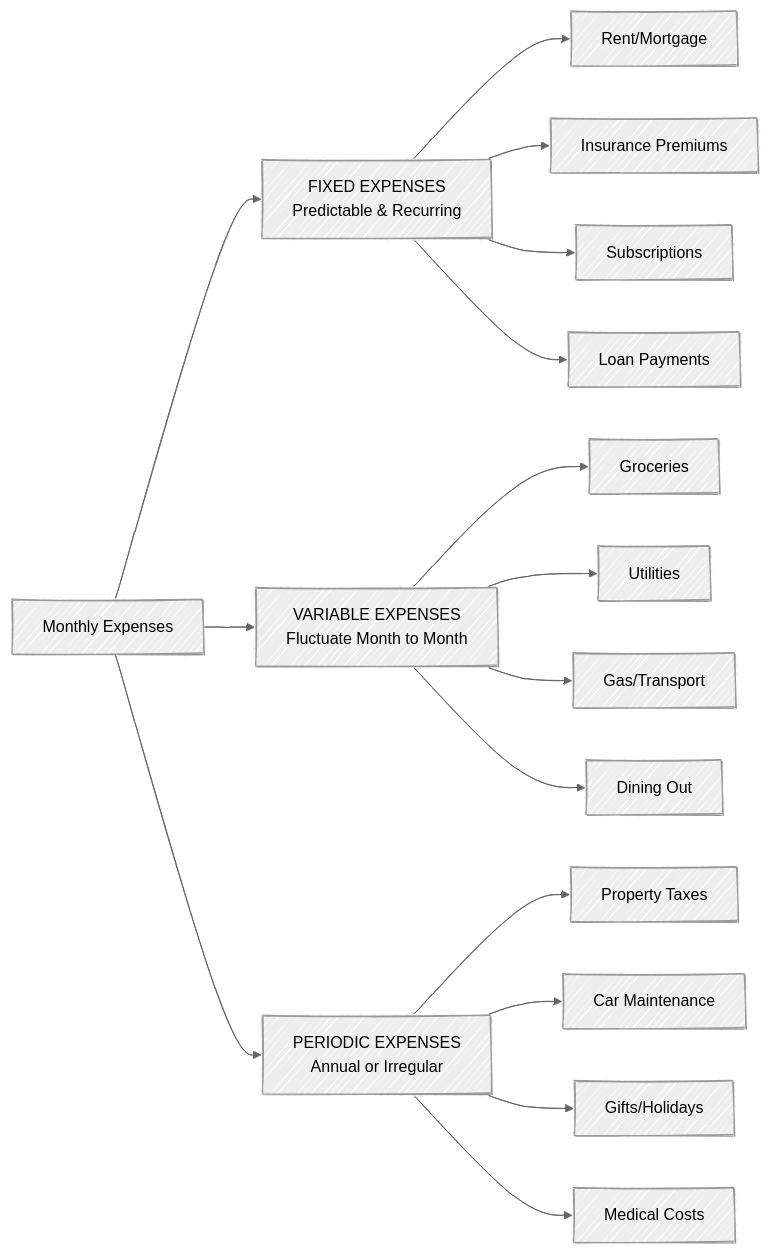
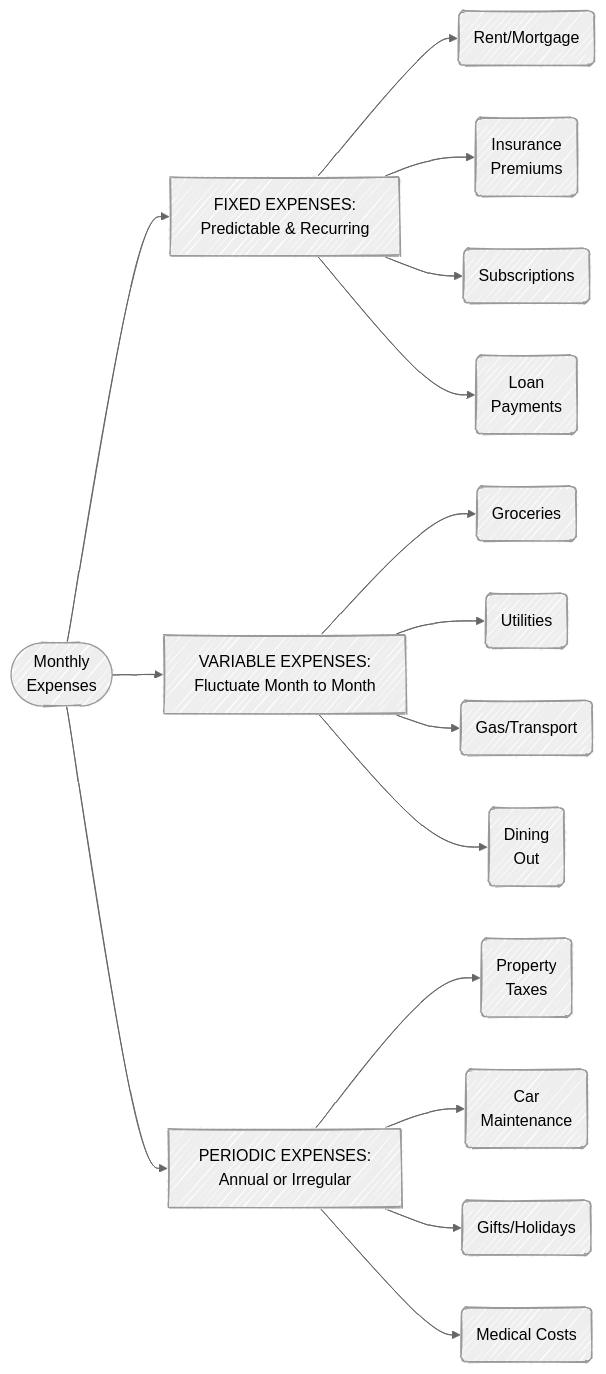
The second of 6 diagrams in budgeting.qmd (mjfrigaard/fm-finance), drawn with Mermaid before and after one commit. The commit also changed other lines of this file and 1 other file, not shown here.

````diff
--- a/budgeting.qmd
+++ b/budgeting.qmd
@@ -57,25 +57,25 @@
 ```{mermaid}
 %%| fig-cap: 'Fixed vs. Variable Expenses'
 %%| fig-align: center
 %%{init: {'theme': 'neutral', 'look': 'handDrawn', 'themeVariables': { 'fontFamily': 'monospace', "fontSize":"16px"}}}%%
 
 flowchart LR
-    Expenses[Monthly Expenses] --> Fixed[FIXED EXPENSES<br/>Predictable & Recurring]
-    Expenses --> Variable[VARIABLE EXPENSES<br/>Fluctuate Month to Month]
-    Expenses --> Periodic[PERIODIC EXPENSES<br/>Annual or Irregular]
+    Expenses(["Monthly<br>Expenses"]) --> Fixed["FIXED EXPENSES:<br/>Predictable & Recurring"]
+    Expenses --> Variable["VARIABLE EXPENSES:<br/>Fluctuate Month to Month"]
+    Expenses --> Periodic["PERIODIC EXPENSES:<br/>Annual or Irregular"]
     
-    Fixed --> Rent[Rent/Mortgage]
-    Fixed --> Insurance[Insurance Premiums]
-    Fixed --> Subs[Subscriptions]
-    Fixed --> Loans[Loan Payments]
+    Fixed --> Rent("Rent/Mortgage")
+    Fixed --> Insurance("Insurance<br>Premiums")
+    Fixed --> Subs("Subscriptions")
+    Fixed --> Loans("Loan<br>Payments")
     
-    Variable --> Groceries[Groceries]
-    Variable --> Utilities[Utilities]
-    Variable --> Gas[Gas/Transport]
-    Variable --> Dining[Dining Out]
+    Variable --> Groceries("Groceries")
+    Variable --> Utilities("Utilities")
+    Variable --> Gas("Gas/Transport")
+    Variable --> Dining("Dining<br>Out")
     
-    Periodic --> Taxes[Property Taxes]
-    Periodic --> CarMaint[Car Maintenance]
-    Periodic --> Gifts[Gifts/Holidays]
-    Periodic --> Medical[Medical Costs]
+    Periodic --> Taxes("Property<br>Taxes")
+    Periodic --> CarMaint("Car<br>Maintenance")
+    Periodic --> Gifts("Gifts/Holidays")
+    Periodic --> Medical("Medical Costs")
 ```
````
